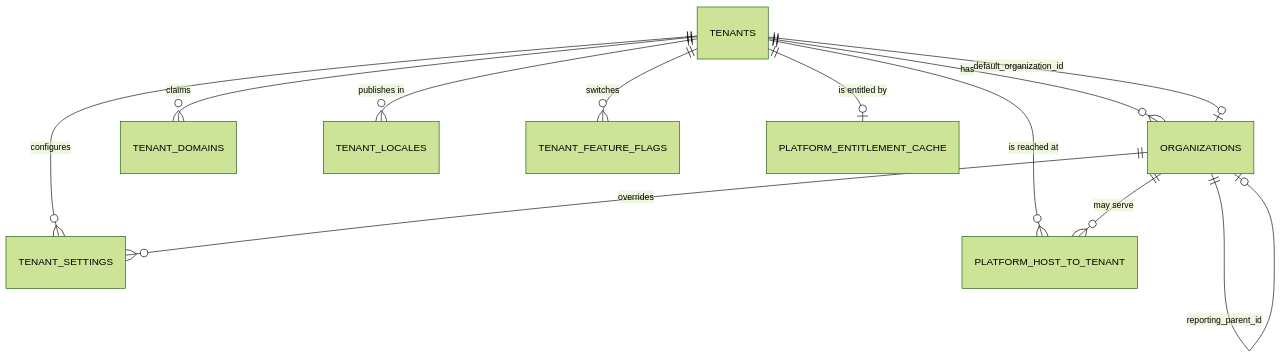
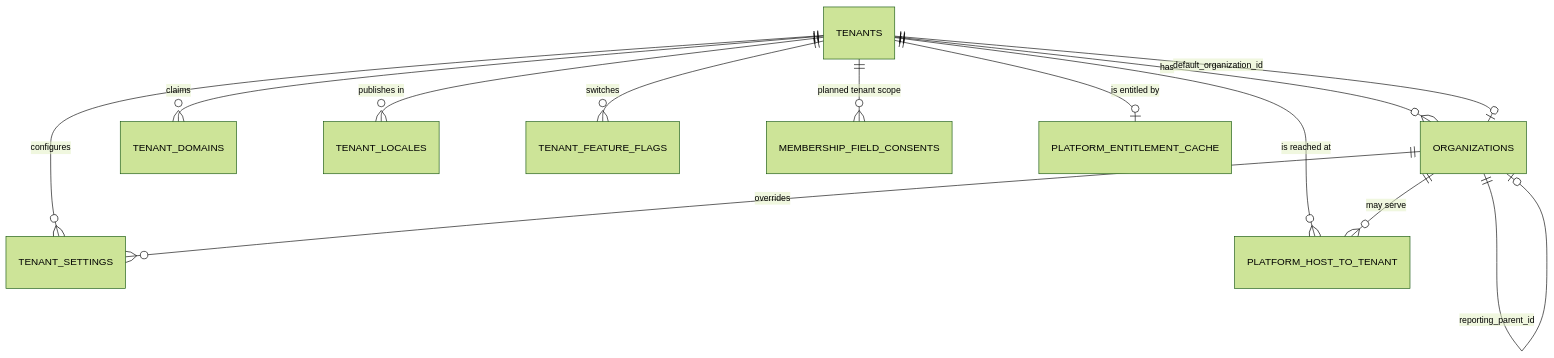
The first of 6 diagrams in docs/modules/tenancy/README.md (HodeTech/LearnStack), drawn with Mermaid (forest theme) before and after one commit. The commit also changed other lines of this file and 109 other files, not shown here.

````diff
--- a/docs/modules/tenancy/README.md
+++ b/docs/modules/tenancy/README.md
@@ -481,14 +501,15 @@
 ```mermaid
 erDiagram
     TENANTS ||--o{ ORGANIZATIONS : "has"
     TENANTS ||--o| ORGANIZATIONS : "default_organization_id"
     TENANTS ||--o{ TENANT_DOMAINS : "claims"
     TENANTS ||--o{ TENANT_LOCALES : "publishes in"
     TENANTS ||--o{ TENANT_SETTINGS : "configures"
     TENANTS ||--o{ TENANT_FEATURE_FLAGS : "switches"
+    TENANTS ||--o{ MEMBERSHIP_FIELD_CONSENTS : "planned tenant scope"
     TENANTS ||--o| PLATFORM_ENTITLEMENT_CACHE : "is entitled by"
     TENANTS ||--o{ PLATFORM_HOST_TO_TENANT : "is reached at"
     ORGANIZATIONS ||--o{ TENANT_SETTINGS : "overrides"
     ORGANIZATIONS ||--o{ PLATFORM_HOST_TO_TENANT : "may serve"
     ORGANIZATIONS ||--o| ORGANIZATIONS : "reporting_parent_id"
 ```
````
